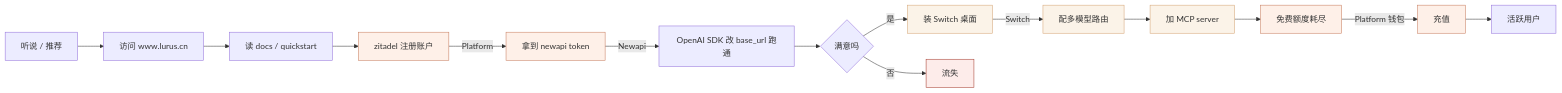
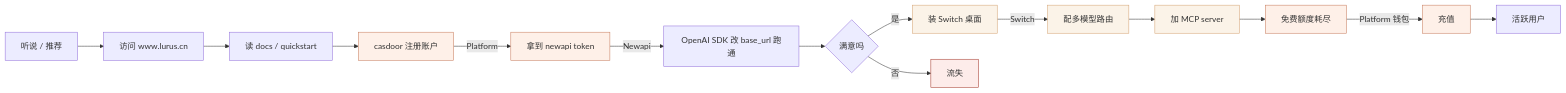
One commit to hanmahong5-arch/lurus-docs changed the second of 8 diagrams in internal/cross/user-journeys.md. Above: the diagram before and after it, drawn with Mermaid. The commit also changed other lines of this file and 30 other files, not shown here.

Commit message:
docs(internal): IdP 术语同步 Zitadel → Casdoor(vendor-neutral OIDC 迁移文档面)

````diff
--- a/internal/cross/user-journeys.md
+++ b/internal/cross/user-journeys.md
@@ -39,23 +39,23 @@
 ```mermaid
 graph LR
   A1[听说 / 推荐] --> A2[访问 www.lurus.cn]
   A2 --> A3[读 docs / quickstart]
-  A3 --> A4[zitadel 注册账户]
+  A3 --> A4[casdoor 注册账户]
   A4 -->|Platform| A5[拿到 newapi token]
   A5 -->|Newapi| A6[OpenAI SDK 改 base_url 跑通]
   A6 --> A7{满意吗}
   A7 -->|是| A8[装 Switch 桌面]
   A7 -->|否| A99[流失]
   A8 -->|Switch| A9[配多模型路由]
   A9 --> A10[加 MCP server]
   A10 --> A11[免费额度耗尽]
   A11 -->|Platform 钱包| A12[充值]
   A12 --> A13[活跃用户]
 
   classDef p0 fill:#fef0e8,stroke:#C67B5C
   classDef p2 fill:#fbf3e8,stroke:#D4A373
   classDef bad fill:#fdecea,stroke:#a3392b
   class A4,A5,A11,A12 p0
   class A8,A9,A10 p2
   class A99 bad
 ```
````
